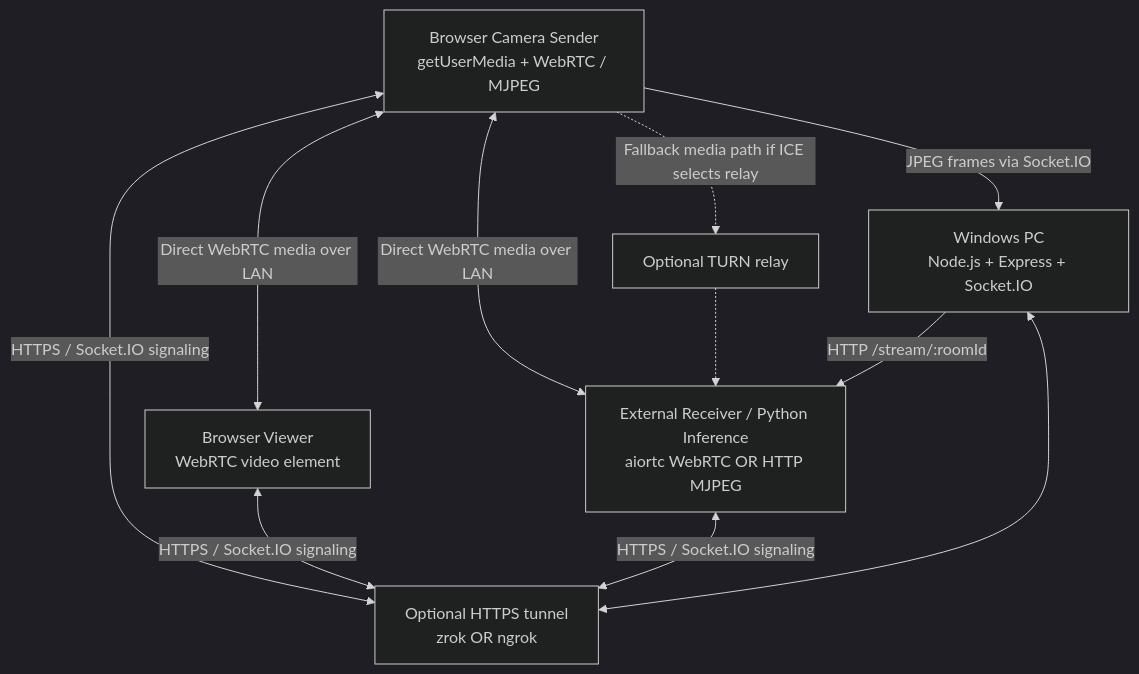
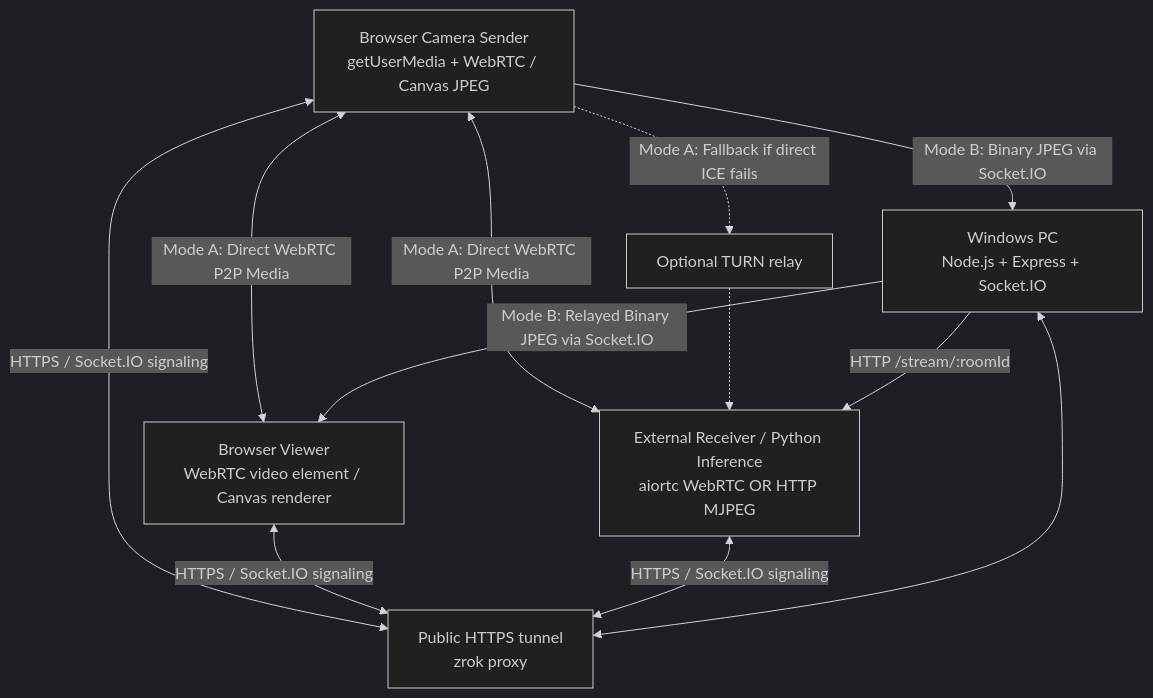
The diagram in docs/architecture.md (WRDeadman10/lan-camera-streaming), drawn with Mermaid (dark theme) before and after one commit. The commit also changed other lines of this file and 16 other files, not shown here.

Commit message:
feat: implement two selectable media modes and experimental zrok binary video relay

````diff
--- a/docs/architecture.md
+++ b/docs/architecture.md
@@ -7,23 +7,27 @@
 ```mermaid
 flowchart TB
     Host[Windows PC\nNode.js + Express + Socket.IO]
-    Tunnel[Optional HTTPS tunnel\nzrok OR ngrok]
-    Sender[Browser Camera Sender\ngetUserMedia + WebRTC / MJPEG]
-    BrowserViewer[Browser Viewer\nWebRTC video element]
+    Tunnel[Public HTTPS tunnel\nzrok proxy]
+    Sender[Browser Camera Sender\ngetUserMedia + WebRTC / Canvas JPEG]
+    BrowserViewer[Browser Viewer\nWebRTC video element / Canvas renderer]
     ExtReceiver[External Receiver / Python Inference\naiortc WebRTC OR HTTP MJPEG]
     Turn[Optional TURN relay]
 
     Sender <-->|HTTPS / Socket.IO signaling| Tunnel
     BrowserViewer <-->|HTTPS / Socket.IO signaling| Tunnel
     ExtReceiver <-->|HTTPS / Socket.IO signaling| Tunnel
     Tunnel <--> Host
 
-    Sender <-->|Direct WebRTC media over LAN| BrowserViewer
-    Sender <-->|Direct WebRTC media over LAN| ExtReceiver
-    Sender -.->|Fallback media path if ICE selects relay| Turn
+    %% Mode A: WebRTC Direct Media
+    Sender <-->|Mode A: Direct WebRTC P2P Media| BrowserViewer
+    Sender <-->|Mode A: Direct WebRTC P2P Media| ExtReceiver
+    Sender -.->|Mode A: Fallback if direct ICE fails| Turn
     Turn -.-> ExtReceiver
 
-    %% Optional MJPEG stream
-    Sender -->|JPEG frames via Socket.IO| Host
+    %% Mode B: Experimental Tunneled Binary Video Relay
+    Sender -->|Mode B: Binary JPEG via Socket.IO| Host
+    Host -->|Mode B: Relayed Binary JPEG via Socket.IO| BrowserViewer
+
+    %% Alternative MJPEG stream
     Host -->|HTTP /stream/:roomId| ExtReceiver
 ```
````
